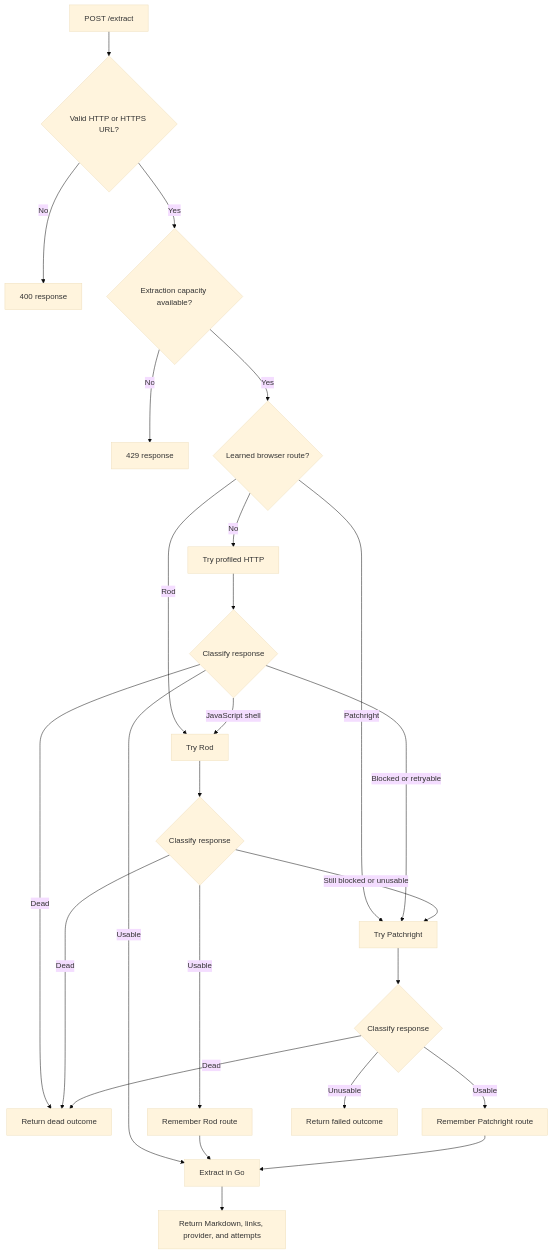
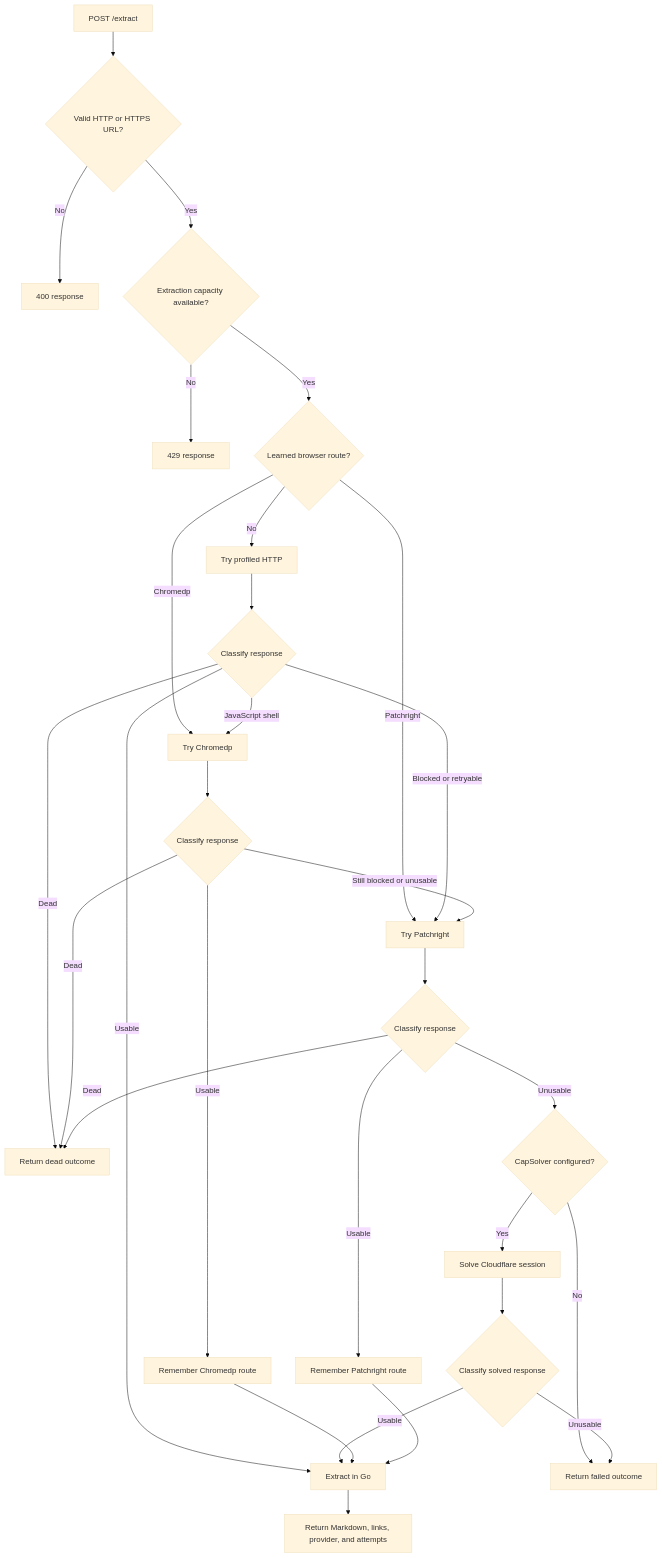
Before and after one commit to simonbalfe/pagelode: the second of 7 diagrams in docs/architecture.md, drawn with Mermaid (base theme). The commit also changed other lines of this file and 57 other files, not shown here.

````diff
--- a/docs/architecture.md
+++ b/docs/architecture.md
@@ -42,32 +45,37 @@
 ```mermaid
 flowchart TD
     Start[POST /extract] --> Validate{Valid HTTP or HTTPS URL?}
     Validate -- No --> BadRequest[400 response]
     Validate -- Yes --> Capacity{Extraction capacity available?}
     Capacity -- No --> Busy[429 response]
     Capacity -- Yes --> Preferred{Learned browser route?}
 
-    Preferred -- Rod --> TryRod[Try Rod]
+    Preferred -- Chromedp --> TryChromedp[Try Chromedp]
     Preferred -- Patchright --> TryPatchright[Try Patchright]
     Preferred -- No --> TryTLS[Try profiled HTTP]
 
     TryTLS --> ClassifyTLS{Classify response}
     ClassifyTLS -- Usable --> Extract[Extract in Go]
     ClassifyTLS -- Dead --> Dead[Return dead outcome]
-    ClassifyTLS -- JavaScript shell --> TryRod
+    ClassifyTLS -- JavaScript shell --> TryChromedp
     ClassifyTLS -- Blocked or retryable --> TryPatchright
 
-    TryRod --> ClassifyRod{Classify response}
-    ClassifyRod -- Usable --> RememberRod[Remember Rod route]
-    ClassifyRod -- Dead --> Dead
-    ClassifyRod -- Still blocked or unusable --> TryPatchright
+    TryChromedp --> ClassifyChromedp{Classify response}
+    ClassifyChromedp -- Usable --> RememberChromedp[Remember Chromedp route]
+    ClassifyChromedp -- Dead --> Dead
+    ClassifyChromedp -- Still blocked or unusable --> TryPatchright
 
     TryPatchright --> ClassifyPatchright{Classify response}
     ClassifyPatchright -- Usable --> RememberPatchright[Remember Patchright route]
     ClassifyPatchright -- Dead --> Dead
-    ClassifyPatchright -- Unusable --> Failed[Return failed outcome]
+    ClassifyPatchright -- Unusable --> SolverReady{CapSolver configured?}
+    SolverReady -- No --> Failed[Return failed outcome]
+    SolverReady -- Yes --> TryCapSolver[Solve Cloudflare session]
+    TryCapSolver --> ClassifySolved{Classify solved response}
+    ClassifySolved -- Usable --> Extract
+    ClassifySolved -- Unusable --> Failed
 
-    RememberRod --> Extract
+    RememberChromedp --> Extract
     RememberPatchright --> Extract
     Extract --> Success[Return Markdown, links, provider, and attempts]
 ```
````
